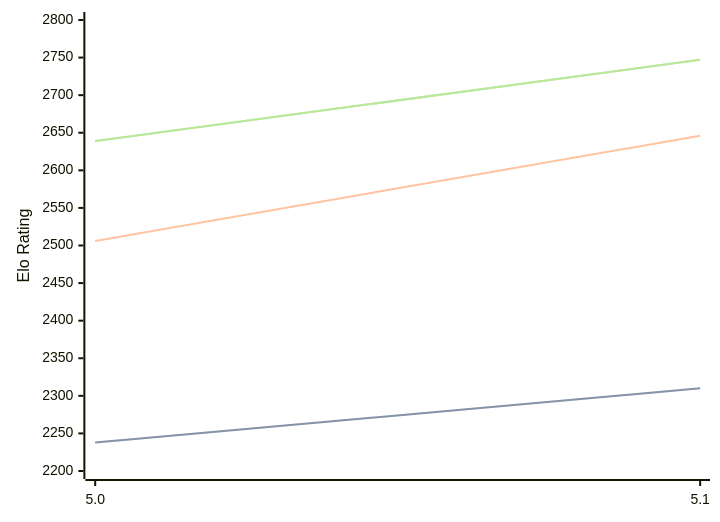
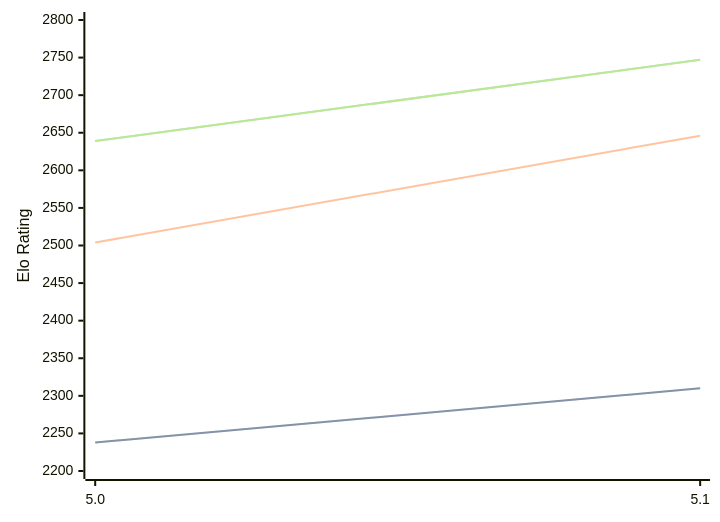
One commit to computer-chess-index/cci changed the diagram in engines/Dorky.md. Above: the diagram before and after it, drawn with Mermaid. The commit also changed other lines of this file, not shown here.

````diff
--- a/engines/Dorky.md
+++ b/engines/Dorky.md
@@ -32,11 +32,11 @@
 ```mermaid
 %%{init: {"theme":"base","themeVariables":{"seriesColors:['#a3a3a3','#222221','#faa371']}}}%%
 xychart-beta
   x-axis ["5.0", "5.1"]
   y-axis "Elo Rating" 2200 --> 2800
   line "" [2238, 2310]
   line "STC (8.0+0.08s)" [2238, 2310]
-  line "LTC (60.0+0.60s)" [2506, 2646]
+  line "LTC (60.0+0.60s)" [2504, 2646]
   line "" [2639, 2747]
   line "VLTC (2m24s+1.12s)" [2639, 2747]
 ```
````
